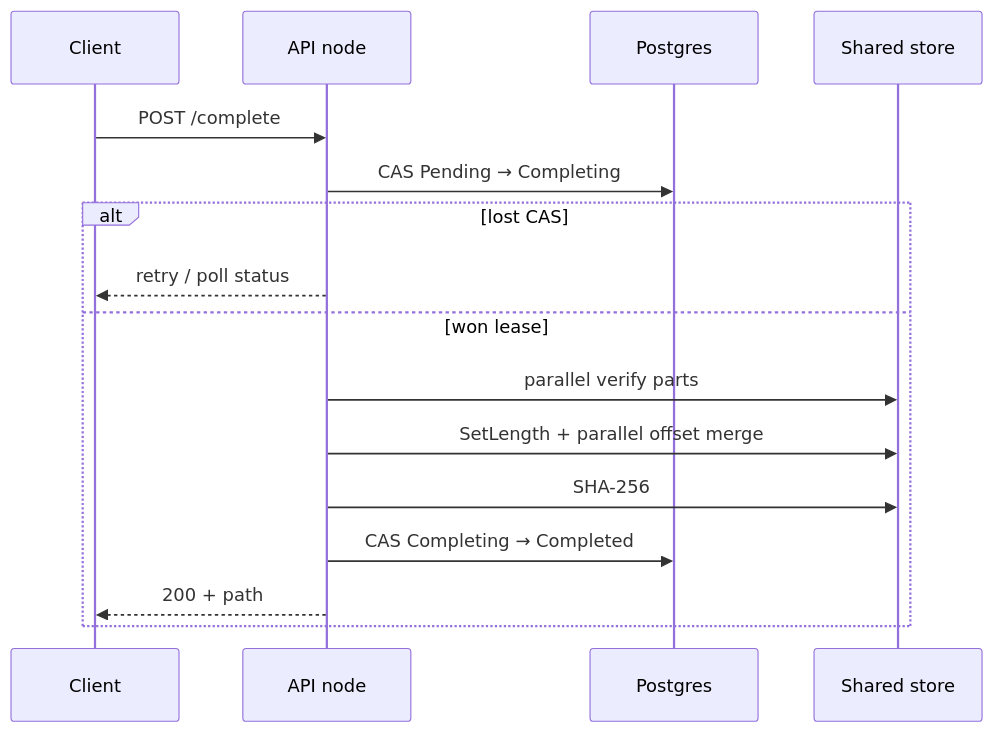
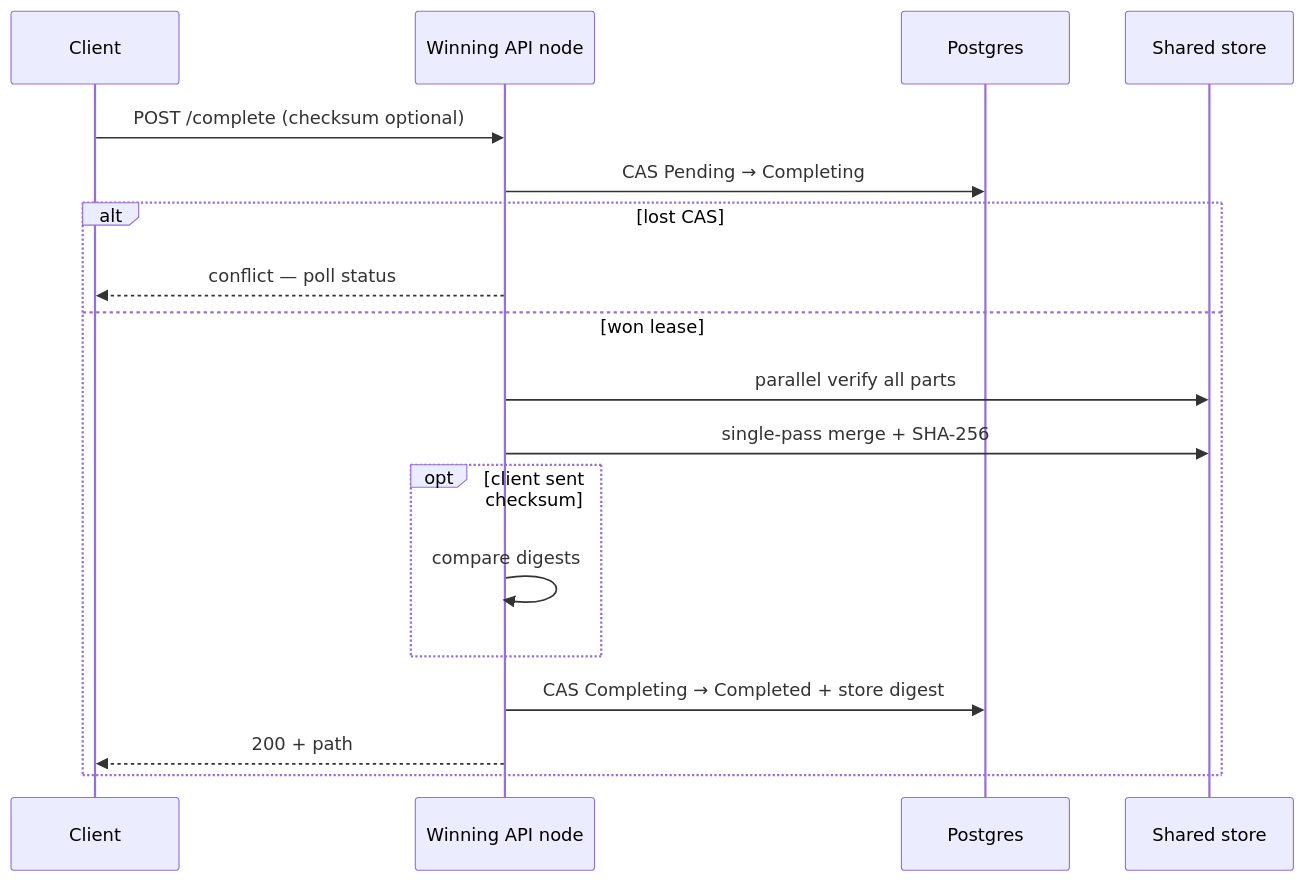
Before and after one commit to 0x-mhmdnzri/File-Uploader: the third of 3 diagrams in README.md, drawn with Mermaid. The commit also changed other lines of this file, not shown here.

Commit message:
docs: rich README — CAS vs SHA integrity, AlwaysComputeFullChecksum, client hash policy

````diff
--- a/README.md
+++ b/README.md
@@ -190,19 +203,21 @@
 ```mermaid
 sequenceDiagram
   participant C as Client
-  participant API as API node
+  participant API as Winning API node
   participant DB as Postgres
   participant FS as Shared store
 
-  C->>API: POST /complete
+  C->>API: POST /complete (checksum optional)
   API->>DB: CAS Pending → Completing
   alt lost CAS
-    API-->>C: retry / poll status
+    API-->>C: conflict — poll status
   else won lease
-    API->>FS: parallel verify parts
-    API->>FS: SetLength + parallel offset merge
-    API->>FS: SHA-256
-    API->>DB: CAS Completing → Completed
+    API->>FS: parallel verify all parts
+    API->>FS: single-pass merge + SHA-256
+    opt client sent checksum
+      API->>API: compare digests
+    end
+    API->>DB: CAS Completing → Completed + store digest
     API-->>C: 200 + path
   end
 ```
````
